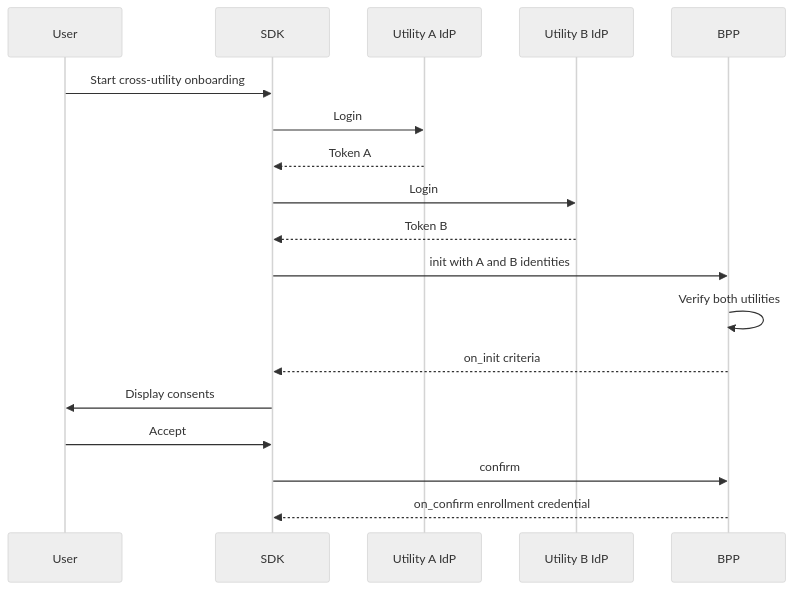
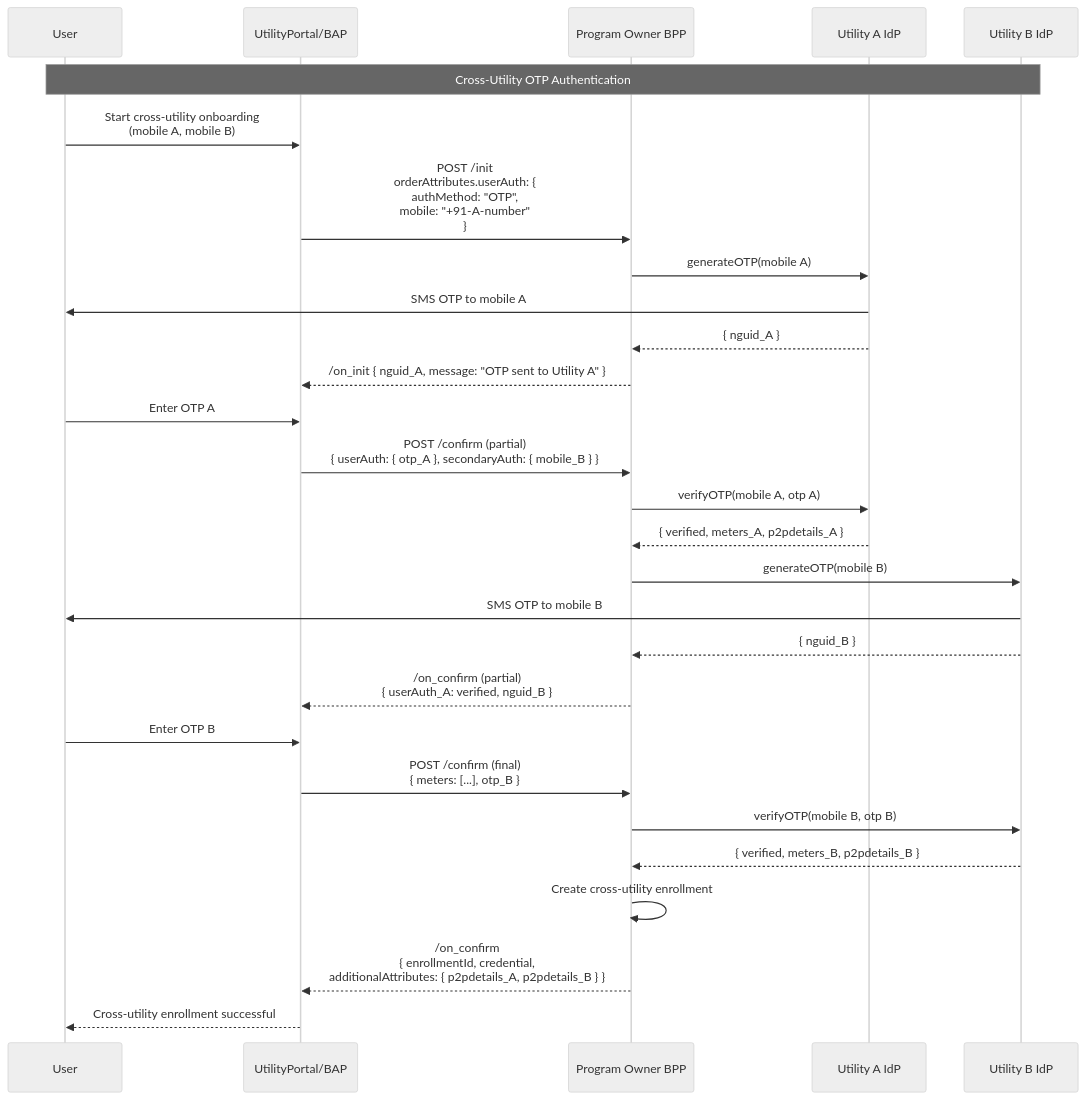
One commit to Beckn-One/DEG changed the seventh of 7 diagrams in docs/implementation-guides/v2/Onboarding/IG_Onboarding_users_in_digital_energy_programs.md. Above: the diagram before and after it, drawn with Mermaid (neutral theme). The commit also changed other lines of this file and 30 other files, not shown here.

````diff
--- a/docs/implementation-guides/v2/Onboarding/IG_Onboarding_users_in_digital_energy_programs.md
+++ b/docs/implementation-guides/v2/Onboarding/IG_Onboarding_users_in_digital_energy_programs.md
@@ -1647,21 +2658,42 @@
 ```mermaid
 sequenceDiagram
   participant User
-  participant SDK
+  participant BAP as UtilityPortal/BAP
+  participant BPP as Program Owner BPP
   participant IDP_A as Utility A IdP
   participant IDP_B as Utility B IdP
-  participant BPP
 
-  User->>SDK: Start cross-utility onboarding
-  SDK->>IDP_A: Login
-  IDP_A-->>SDK: Token A
-  SDK->>IDP_B: Login
-  IDP_B-->>SDK: Token B
-  SDK->>BPP: init with A and B identities
-  BPP->>BPP: Verify both utilities
-  BPP-->>SDK: on_init criteria
-  SDK->>User: Display consents
-  User->>SDK: Accept
-  SDK->>BPP: confirm
-  BPP-->>SDK: on_confirm enrollment credential
+  Note over User,IDP_B: Cross-Utility OTP Authentication
+  User->>BAP: Start cross-utility onboarding<br/>(mobile A, mobile B)
+  
+  BAP->>BPP: POST /init<br/>orderAttributes.userAuth: {<br/>  authMethod: "OTP",<br/>  mobile: "+91-A-number"<br/>}
+  
+  BPP->>IDP_A: generateOTP(mobile A)
+  IDP_A->>User: SMS OTP to mobile A
+  IDP_A-->>BPP: { nguid_A }
+  
+  BPP-->>BAP: /on_init { nguid_A, message: "OTP sent to Utility A" }
+  
+  User->>BAP: Enter OTP A
+  BAP->>BPP: POST /confirm (partial)<br/>{ userAuth: { otp_A }, secondaryAuth: { mobile_B } }
+  
+  BPP->>IDP_A: verifyOTP(mobile A, otp A)
+  IDP_A-->>BPP: { verified, meters_A, p2pdetails_A }
+  
+  BPP->>IDP_B: generateOTP(mobile B)
+  IDP_B->>User: SMS OTP to mobile B
+  IDP_B-->>BPP: { nguid_B }
+  
+  BPP-->>BAP: /on_confirm (partial)<br/>{ userAuth_A: verified, nguid_B }
+  
+  User->>BAP: Enter OTP B
+  BAP->>BPP: POST /confirm (final)<br/>{ meters: [...], otp_B }
+  
+  BPP->>IDP_B: verifyOTP(mobile B, otp B)
+  IDP_B-->>BPP: { verified, meters_B, p2pdetails_B }
+  
+  BPP->>BPP: Create cross-utility enrollment
+  BPP-->>BAP: /on_confirm<br/>{ enrollmentId, credential,<br/>additionalAttributes: { p2pdetails_A, p2pdetails_B } }
+  
+  BAP-->>User: Cross-utility enrollment successful
 ```
````
